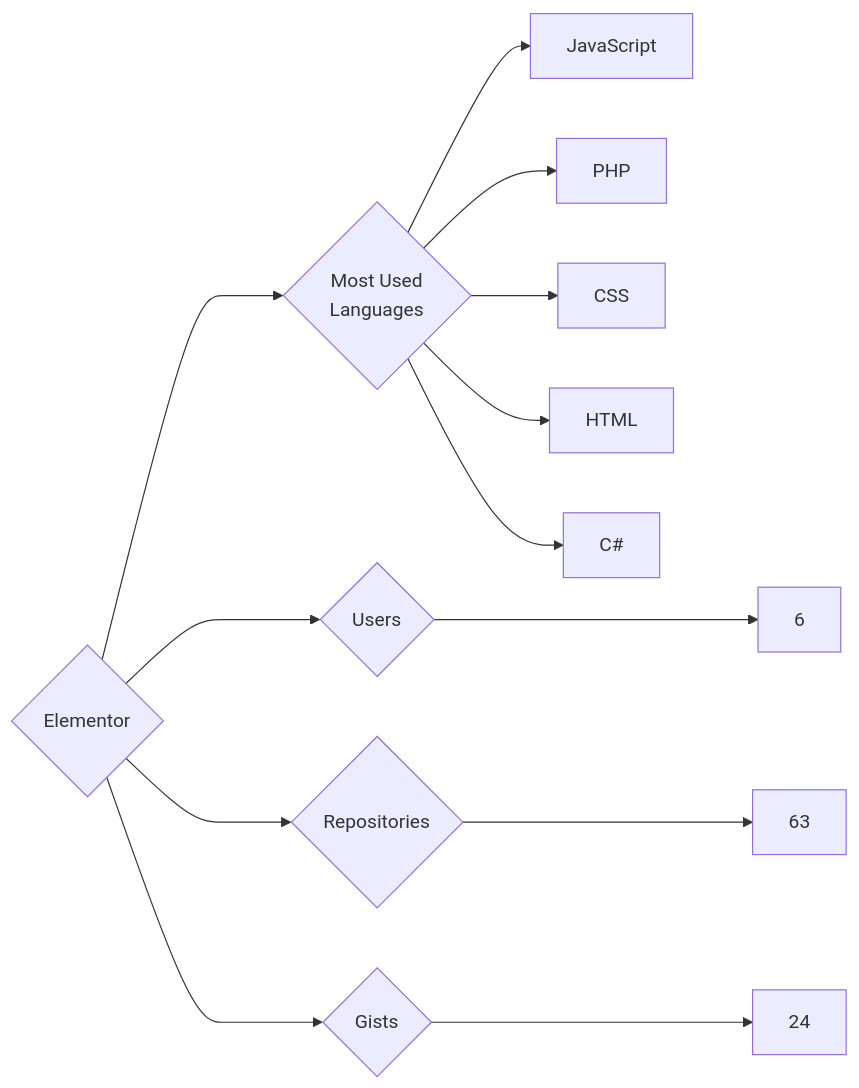
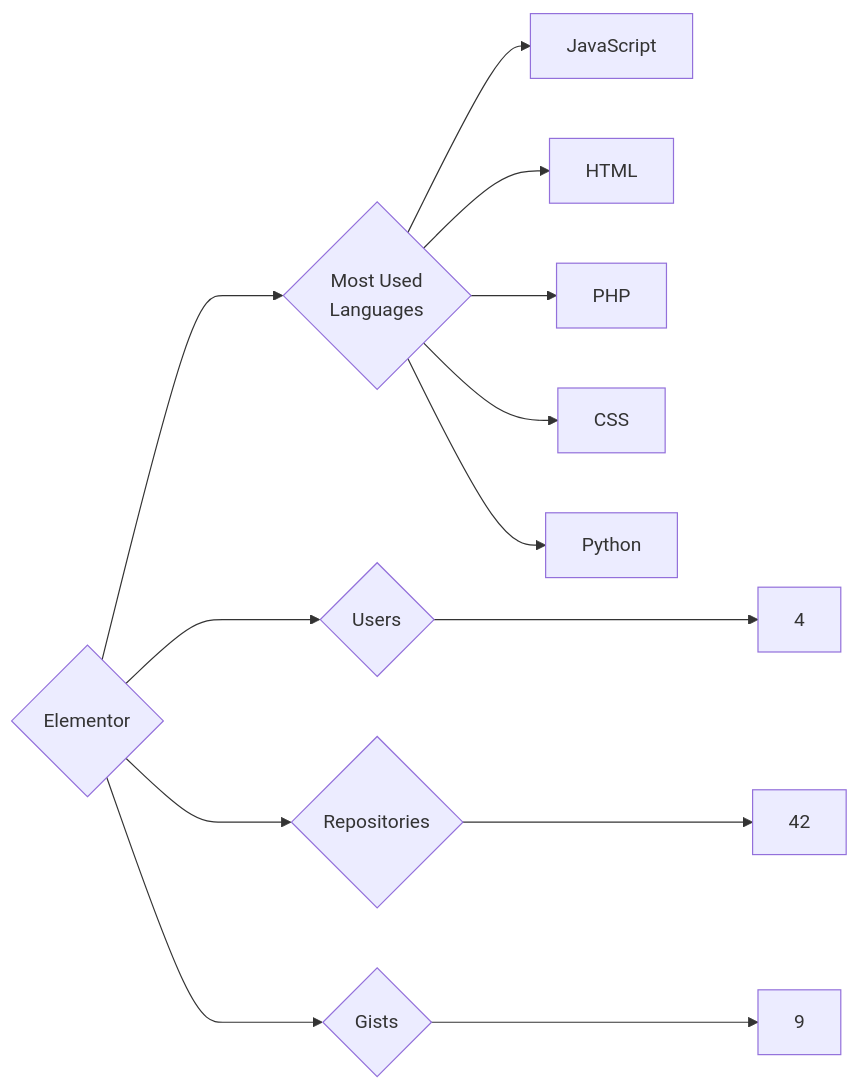
One commit to trickest/insiders changed the diagram in targets/Elementor/README.md. Above: the diagram before and after it, drawn with Mermaid. The commit also changed 934 other files, not shown here.

````diff
--- a/targets/Elementor/README.md
+++ b/targets/Elementor/README.md
@@ -3,13 +3,13 @@
 ```mermaid
 graph LR
 COMPANY_NAME{Elementor}
-COMPANY_NAME ---> U{Users} ---> UN[6]
-COMPANY_NAME ---> R{Repositories} ---> RN[63]
-COMPANY_NAME ---> G{Gists} ---> GN[24]
+COMPANY_NAME ---> U{Users} ---> UN[4]
+COMPANY_NAME ---> R{Repositories} ---> RN[42]
+COMPANY_NAME ---> G{Gists} ---> GN[9]
 COMPANY_NAME ---> ML{Most Used<br>Languages}
 ML --> JavaScript[JavaScript]
+ML --> HTML[HTML]
 ML --> PHP[PHP]
 ML --> CSS[CSS]
-ML --> HTML[HTML]
-ML --> C#[C#]
+ML --> Python[Python]
 ```
````
